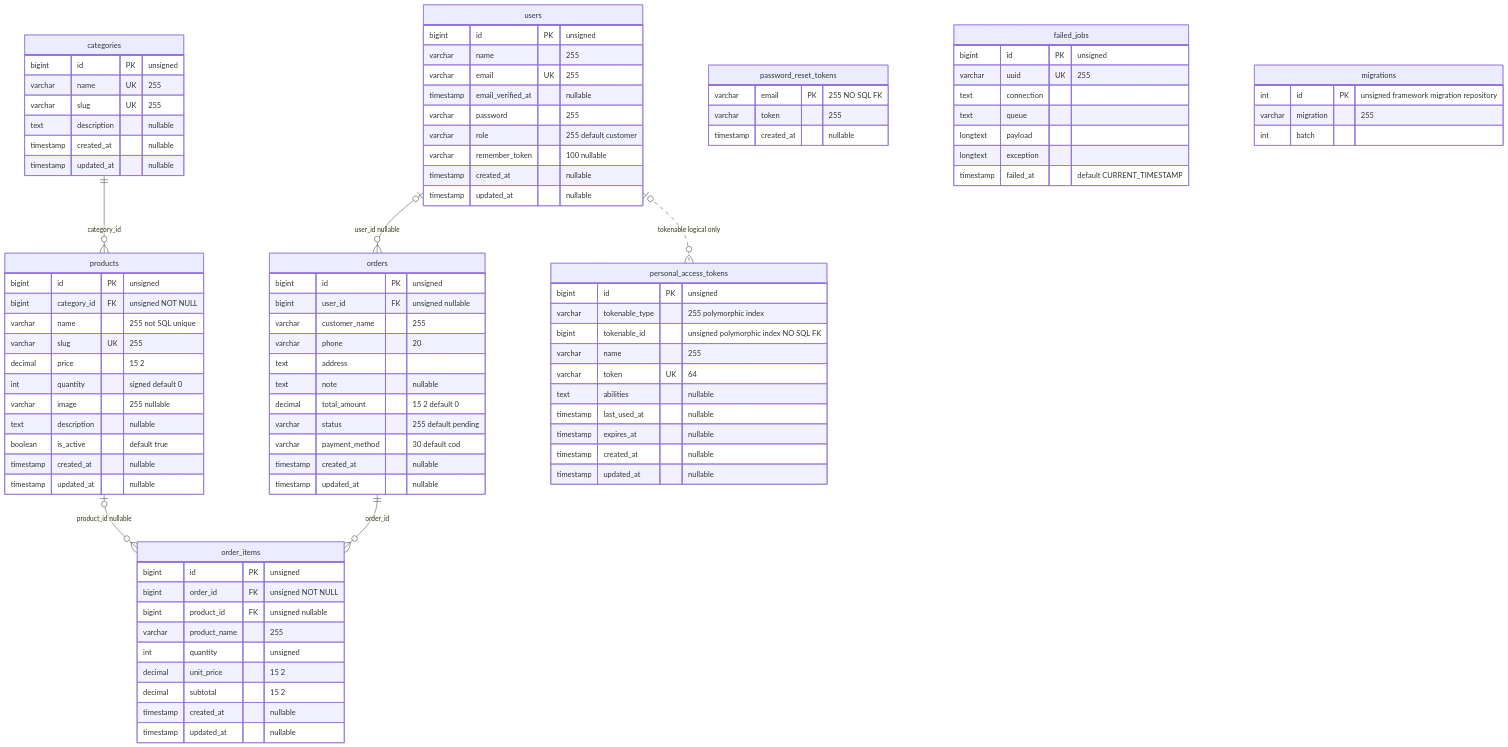
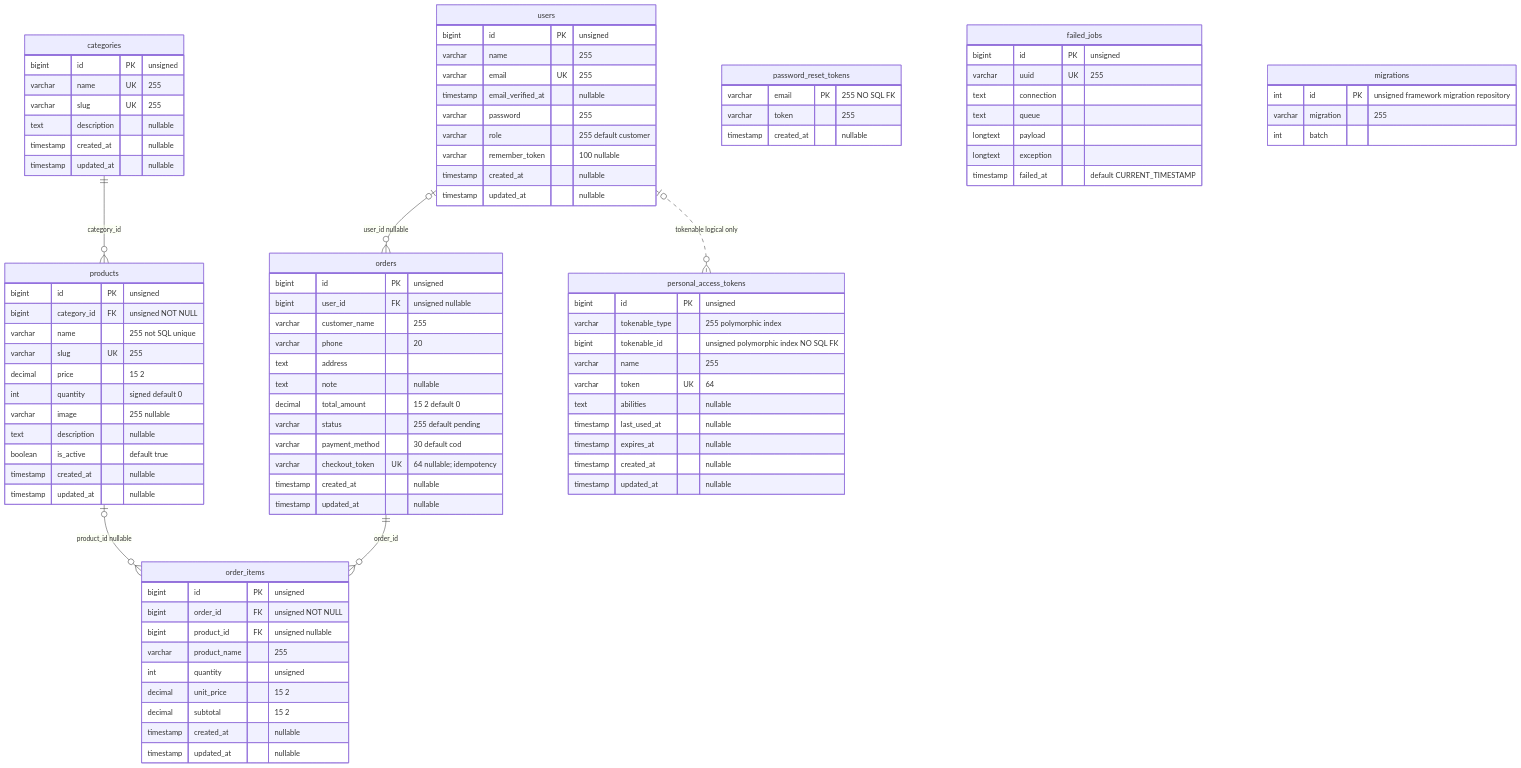
Before and after one commit to giahuy5523/DeTai_LapTrinhMaNguonMo_: the diagram in docs/ERD.mmd, drawn with Mermaid. The commit also changed 120 other files, not shown here.

```diff
--- a/docs/ERD.mmd
+++ b/docs/ERD.mmd
@@ -1,94 +1,95 @@
 erDiagram
     categories ||--o{ products : "category_id"
     users |o--o{ orders : "user_id nullable"
     orders ||--o{ order_items : "order_id"
     products |o--o{ order_items : "product_id nullable"
     users |o..o{ personal_access_tokens : "tokenable logical only"
 
     users {
         bigint id PK "unsigned"
         varchar name "255"
         varchar email UK "255"
         timestamp email_verified_at "nullable"
         varchar password "255"
         varchar role "255 default customer"
         varchar remember_token "100 nullable"
         timestamp created_at "nullable"
         timestamp updated_at "nullable"
     }
     categories {
         bigint id PK "unsigned"
         varchar name UK "255"
         varchar slug UK "255"
         text description "nullable"
         timestamp created_at "nullable"
         timestamp updated_at "nullable"
     }
     products {
         bigint id PK "unsigned"
         bigint category_id FK "unsigned NOT NULL"
         varchar name "255 not SQL unique"
         varchar slug UK "255"
         decimal price "15 2"
         int quantity "signed default 0"
         varchar image "255 nullable"
         text description "nullable"
         boolean is_active "default true"
         timestamp created_at "nullable"
         timestamp updated_at "nullable"
     }
     orders {
         bigint id PK "unsigned"
         bigint user_id FK "unsigned nullable"
         varchar customer_name "255"
         varchar phone "20"
         text address
         text note "nullable"
         decimal total_amount "15 2 default 0"
         varchar status "255 default pending"
         varchar payment_method "30 default cod"
+        varchar checkout_token UK "64 nullable; idempotency"
         timestamp created_at "nullable"
         timestamp updated_at "nullable"
     }
     order_items {
         bigint id PK "unsigned"
         bigint order_id FK "unsigned NOT NULL"
         bigint product_id FK "unsigned nullable"
         varchar product_name "255"
         int quantity "unsigned"
         decimal unit_price "15 2"
         decimal subtotal "15 2"
         timestamp created_at "nullable"
         timestamp updated_at "nullable"
     }
     personal_access_tokens {
         bigint id PK "unsigned"
         varchar tokenable_type "255 polymorphic index"
         bigint tokenable_id "unsigned polymorphic index NO SQL FK"
         varchar name "255"
         varchar token UK "64"
         text abilities "nullable"
         timestamp last_used_at "nullable"
         timestamp expires_at "nullable"
         timestamp created_at "nullable"
         timestamp updated_at "nullable"
     }
     password_reset_tokens {
         varchar email PK "255 NO SQL FK"
         varchar token "255"
         timestamp created_at "nullable"
     }
     failed_jobs {
         bigint id PK "unsigned"
         varchar uuid UK "255"
         text connection
         text queue
         longtext payload
         longtext exception
         timestamp failed_at "default CURRENT_TIMESTAMP"
     }
     migrations {
         int id PK "unsigned framework migration repository"
         varchar migration "255"
         int batch
     }
```
